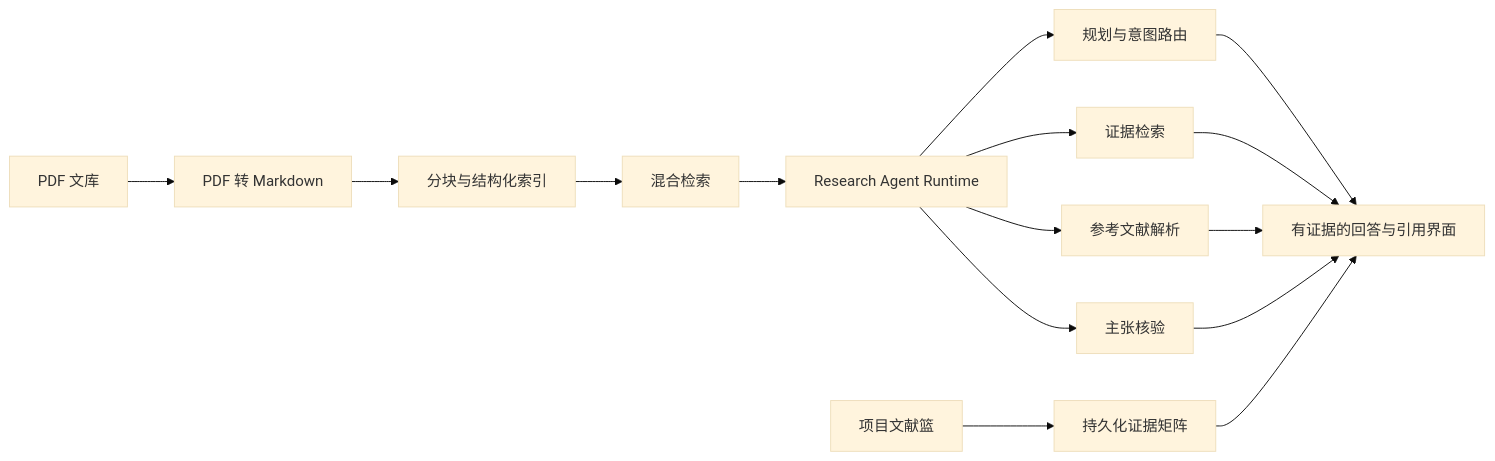
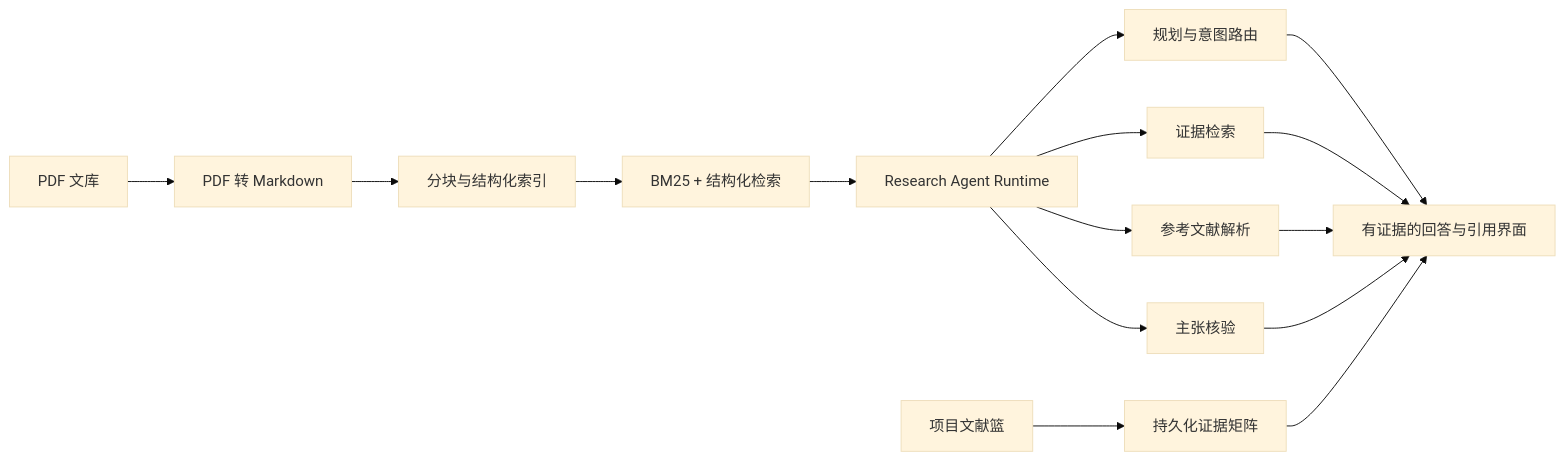
One commit to LittlePyx/Pi_zaya changed the diagram in README.zh-CN.md. Above: the diagram before and after it, drawn with Mermaid (base theme). The commit also changed other lines of this file and 16 other files, not shown here.

````diff
--- a/README.zh-CN.md
+++ b/README.zh-CN.md
@@ -89,17 +89,17 @@
 ```mermaid
 flowchart LR
   A["PDF 文库"] --> B["PDF 转 Markdown"]
   B --> C["分块与结构化索引"]
-  C --> D["混合检索"]
+  C --> D["BM25 + 结构化检索"]
   D --> E["Research Agent Runtime"]
   E --> P["规划与意图路由"]
   E --> R["证据检索"]
   E --> X["参考文献解析"]
   E --> V["主张核验"]
   L["项目文献篮"] --> EM["持久化证据矩阵"]
   P --> O["有证据的回答与引用界面"]
   R --> O
   X --> O
   V --> O
   EM --> O
 ```
````
